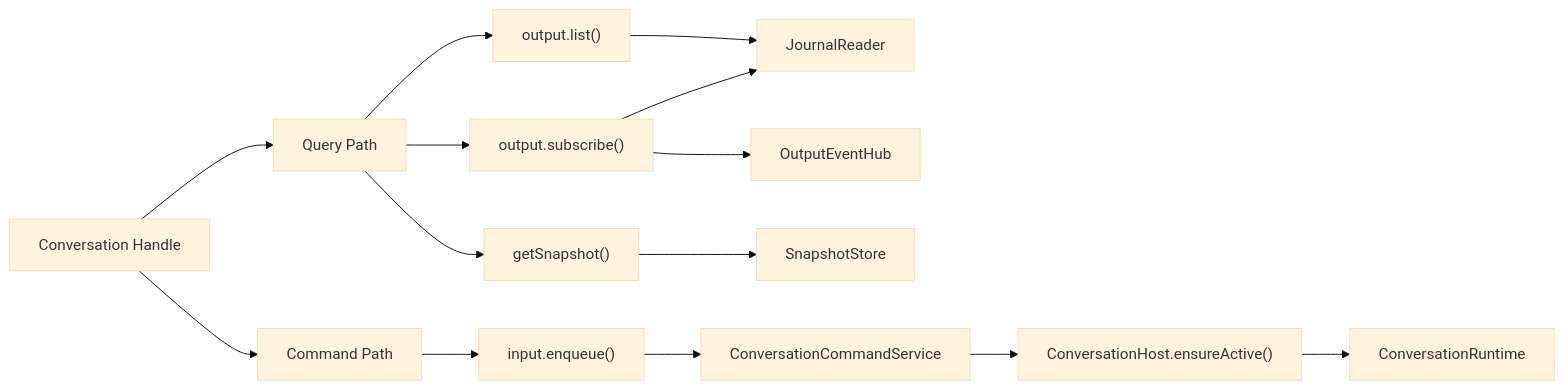
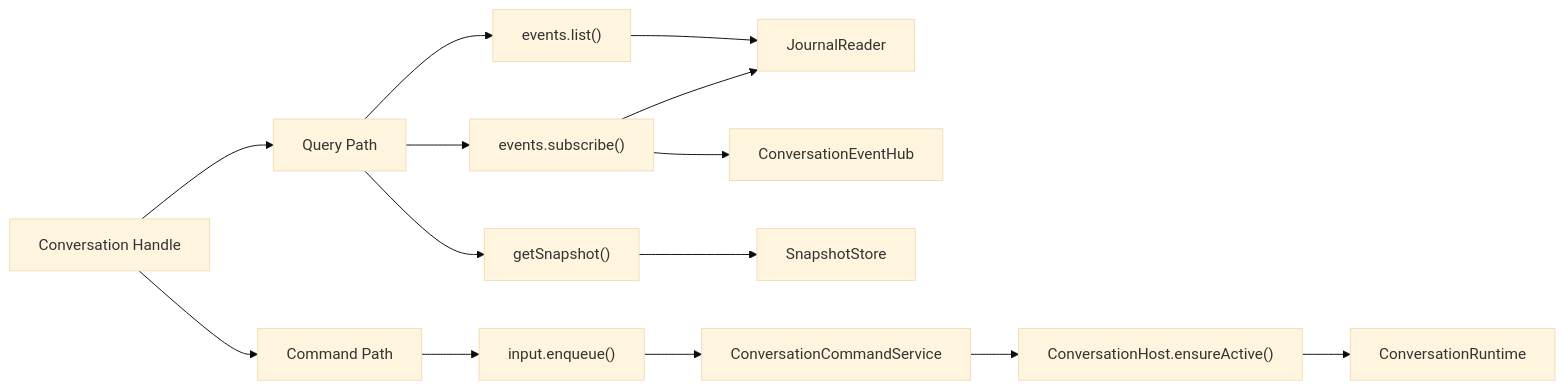
The fifth of 26 diagrams in docs/architecture.md (fanghuarunbalala/nova-writing), drawn with Mermaid (base theme) before and after one commit. The commit also changed other lines of this file and 22 other files, not shown here.

````diff
--- a/docs/architecture.md
+++ b/docs/architecture.md
@@ -254,21 +311,21 @@
 ```mermaid
 flowchart LR
     Conversation["Conversation Handle"]
 
     Conversation --> Query["Query Path"]
     Conversation --> Command["Command Path"]
 
-    Query --> List["output.list()"]
-    Query --> Subscribe["output.subscribe()"]
+    Query --> List["events.list()"]
+    Query --> Subscribe["events.subscribe()"]
     Query --> GetSnapshot["getSnapshot()"]
 
     List --> Journal["JournalReader"]
     Subscribe --> Journal
-    Subscribe --> EventHub["OutputEventHub"]
+    Subscribe --> EventHub["ConversationEventHub"]
     GetSnapshot --> SnapshotStore["SnapshotStore"]
 
     Command --> Enqueue["input.enqueue()"]
     Enqueue --> CommandService["ConversationCommandService"]
     CommandService --> Ensure["ConversationHost.ensureActive()"]
     Ensure --> Runtime["ConversationRuntime"]
 ```
````
